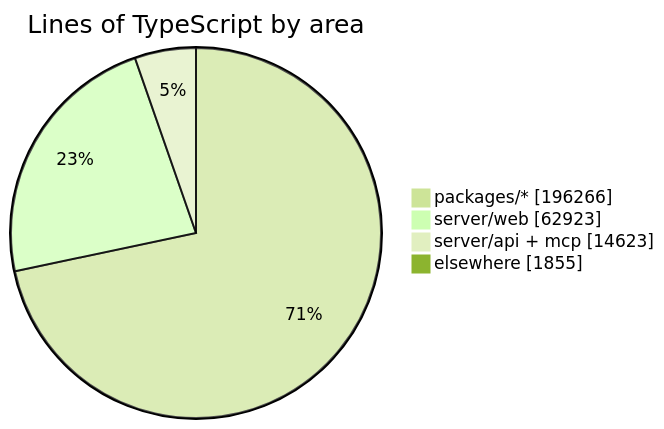
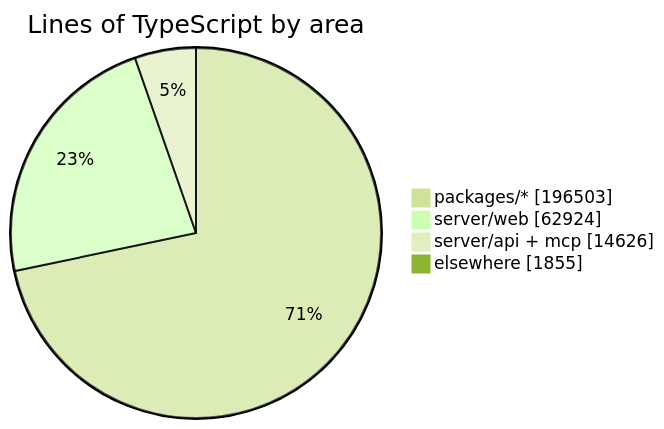
The diagram in README.md (crossworks-engineering/mantle), drawn with Mermaid (forest theme) before and after one commit. The commit also changed other lines of this file and 2 other files, not shown here.

````diff
--- a/README.md
+++ b/README.md
@@ -287,7 +287,7 @@
 ```mermaid
 pie showData title Lines of TypeScript by area
-    "packages/*" : 196266
-    "server/web" : 62923
-    "server/api + mcp" : 14623
+    "packages/*" : 196503
+    "server/web" : 62924
+    "server/api + mcp" : 14626
     "elsewhere" : 1855
 ```
````
